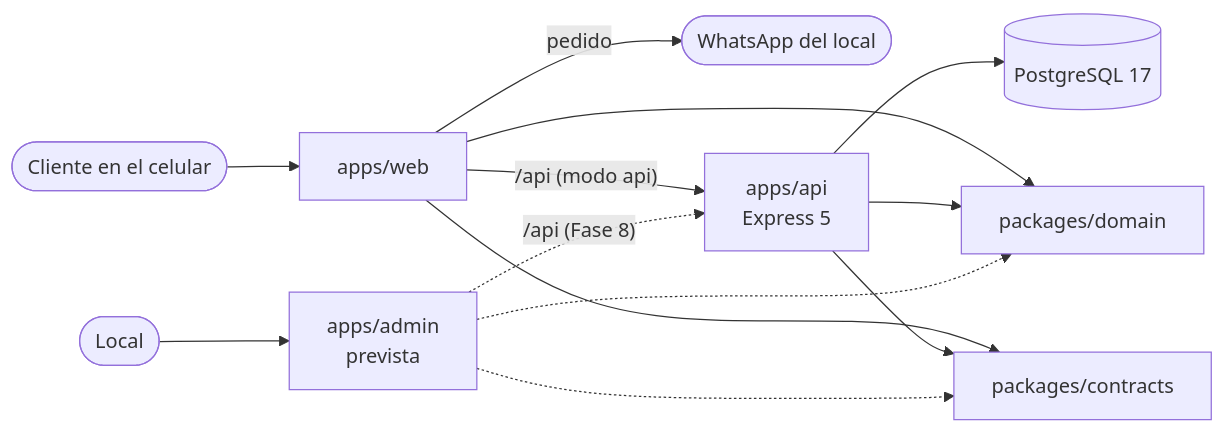
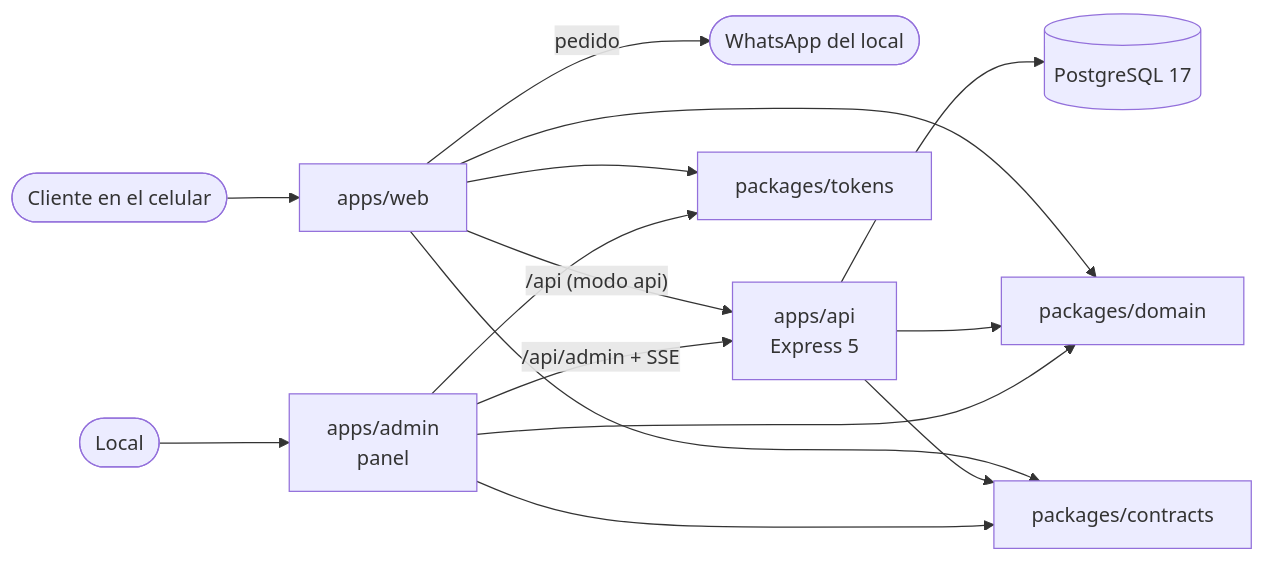
One commit to nachoLuarca/rapida-y-sabrosa-web changed the diagram in docs/ARCHITECTURE.md. Above: the diagram before and after it, drawn with Mermaid. The commit also changed other lines of this file and 3 other files, not shown here.

Commit message:
docs: explica el panel, user:create y las decisiones de la Fase 8

````diff
--- a/docs/ARCHITECTURE.md
+++ b/docs/ARCHITECTURE.md
@@ -11,15 +11,17 @@
 ```mermaid
 flowchart LR
   cliente([Cliente en el celular]) --> web[apps/web]
-  local([Local]) --> admin[apps/admin<br/>prevista]
+  local([Local]) --> admin[apps/admin<br/>panel]
   web -- pedido --> wa([WhatsApp del local])
   web -- "/api (modo api)" --> api[apps/api<br/>Express 5]
-  admin -. "/api (Fase 8)" .-> api
+  admin -- "/api/admin + SSE" --> api
   api --> db[(PostgreSQL 17)]
   web --> domain[packages/domain]
   api --> domain
-  admin -.-> domain
+  admin --> domain
   web --> contracts[packages/contracts]
   api --> contracts
-  admin -.-> contracts
+  admin --> contracts
+  web --> tokens[packages/tokens]
+  admin --> tokens
 ```
````
